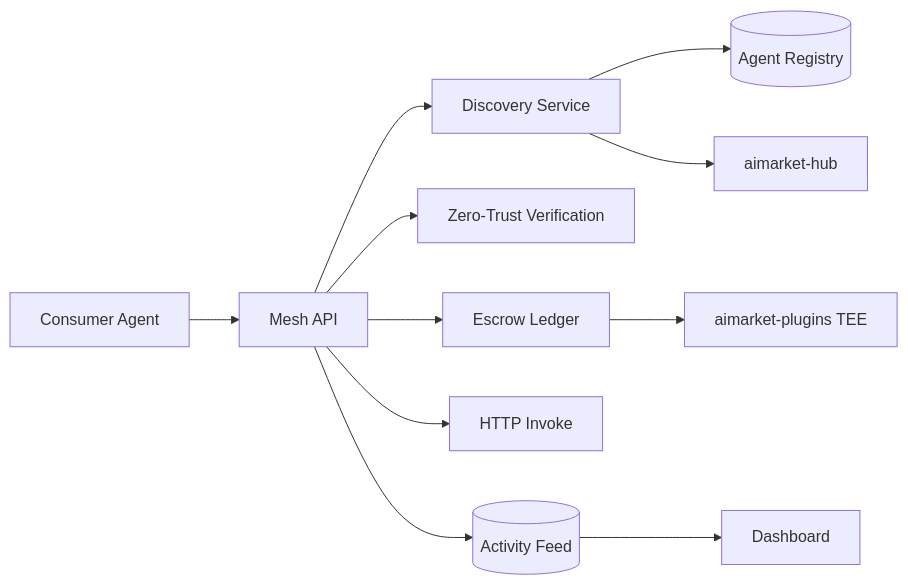
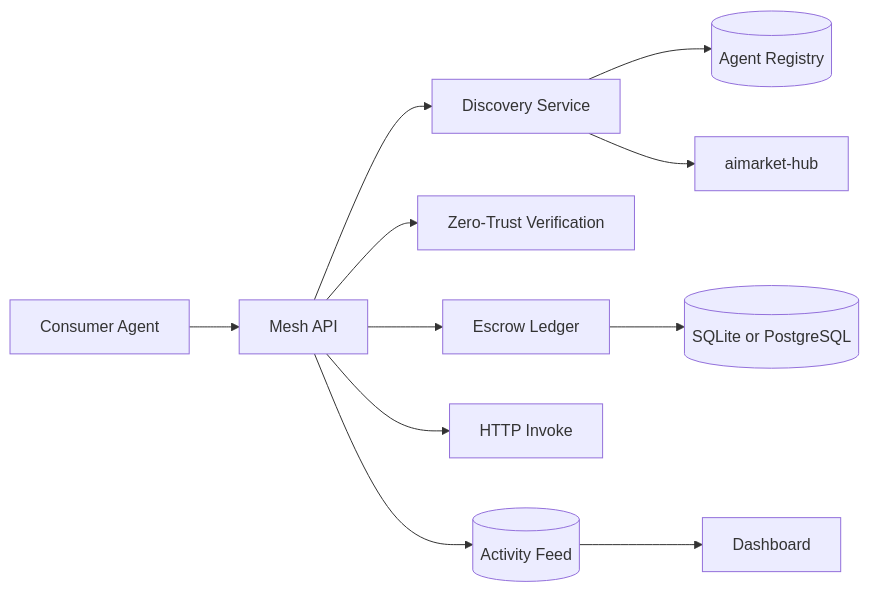
Before and after one commit to alexar76/ai-service-mesh: the diagram in docs/architecture.md, drawn with Mermaid. The commit also changed other lines of this file and 13 other files, not shown here.

````diff
--- a/docs/architecture.md
+++ b/docs/architecture.md
@@ -7,13 +7,13 @@
 ```mermaid
 flowchart LR
   Consumer[Consumer Agent] --> API[Mesh API]
   API --> Discovery[Discovery Service]
   Discovery --> Local[(Agent Registry)]
   Discovery --> Hub[aimarket-hub]
   API --> Verify[Zero-Trust Verification]
   API --> Escrow[Escrow Ledger]
-  Escrow --> Plugins[aimarket-plugins TEE]
+  Escrow --> Database[(SQLite or PostgreSQL)]
   API --> Invoke[HTTP Invoke]
   API --> Activity[(Activity Feed)]
   Activity --> UI[Dashboard]
 ```
````
